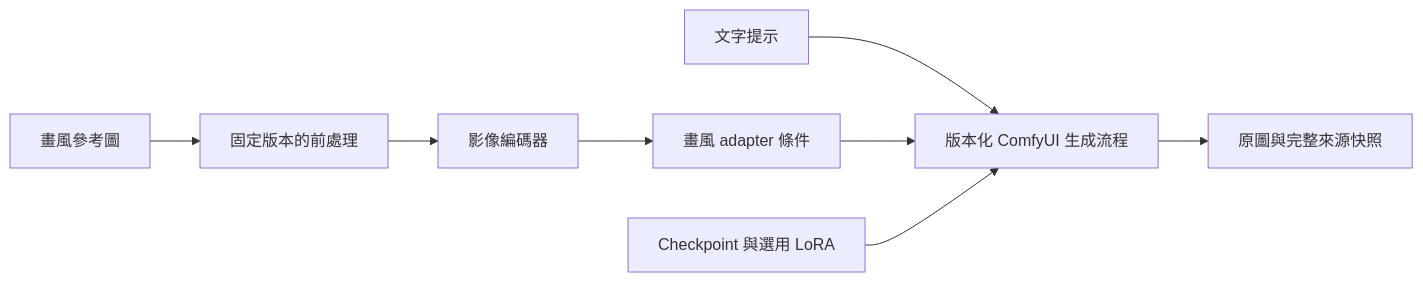
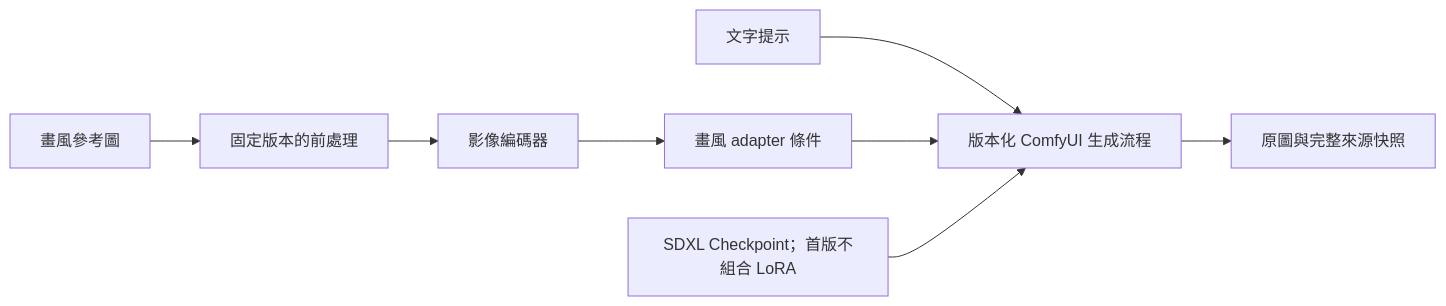
One commit to Zimkjdv/Model-Atelier changed the diagram in docs/anime-style-development.md. Above: the diagram before and after it, drawn with Mermaid. The commit also changed other lines of this file and 47 other files, not shown here.

````diff
--- a/docs/anime-style-development.md
+++ b/docs/anime-style-development.md
@@ -122,10 +139,10 @@
 ```mermaid
 flowchart LR
     Ref[畫風參考圖] --> Prep[固定版本的前處理]
     Prep --> Encoder[影像編碼器]
     Encoder --> Adapter[畫風 adapter 條件]
     Text[文字提示] --> Generate[版本化 ComfyUI 生成流程]
     Adapter --> Generate
-    Base[Checkpoint 與選用 LoRA] --> Generate
+    Base[SDXL Checkpoint；首版不組合 LoRA] --> Generate
     Generate --> Saved[原圖與完整來源快照]
 ```
````
